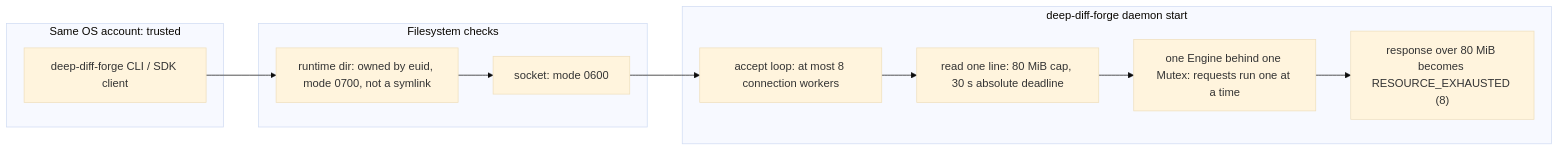
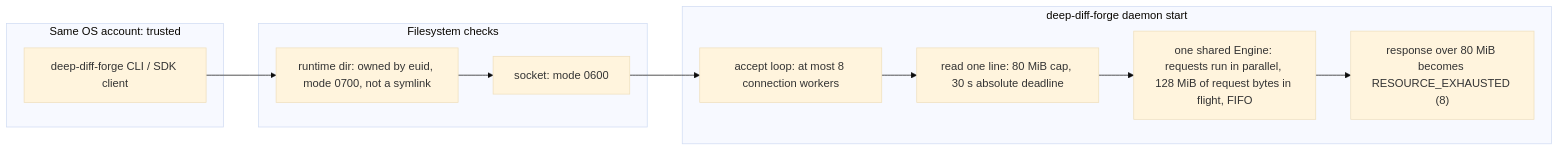
The diagram in SECURITY.md (Louranicas/deep-diff-forge), drawn with Mermaid (base theme) before and after one commit. The commit also changed other lines of this file and 20 other files, not shown here.

First line of the commit message:
daemon: run requests in parallel under a 128 MiB in-flight budget

````diff
--- a/SECURITY.md
+++ b/SECURITY.md
@@ -126,17 +126,17 @@
 ```mermaid
 flowchart LR
     subgraph account[Same OS account: trusted]
         CLI[deep-diff-forge CLI / SDK client]
     end
     subgraph boundary[Filesystem checks]
         Dir["runtime dir: owned by euid, mode 0700, not a symlink"]
         Sock["socket: mode 0600"]
     end
     subgraph daemon[deep-diff-forge daemon start]
         Accept["accept loop: at most 8 connection workers"]
         Read["read one line: 80 MiB cap, 30 s absolute deadline"]
-        Engine["one Engine behind one Mutex: requests run one at a time"]
+        Engine["one shared Engine: requests run in parallel, 128 MiB of request bytes in flight, FIFO"]
         Cap["response over 80 MiB becomes RESOURCE_EXHAUSTED (8)"]
     end
     CLI --> Dir --> Sock --> Accept --> Read --> Engine --> Cap
 ```
````
